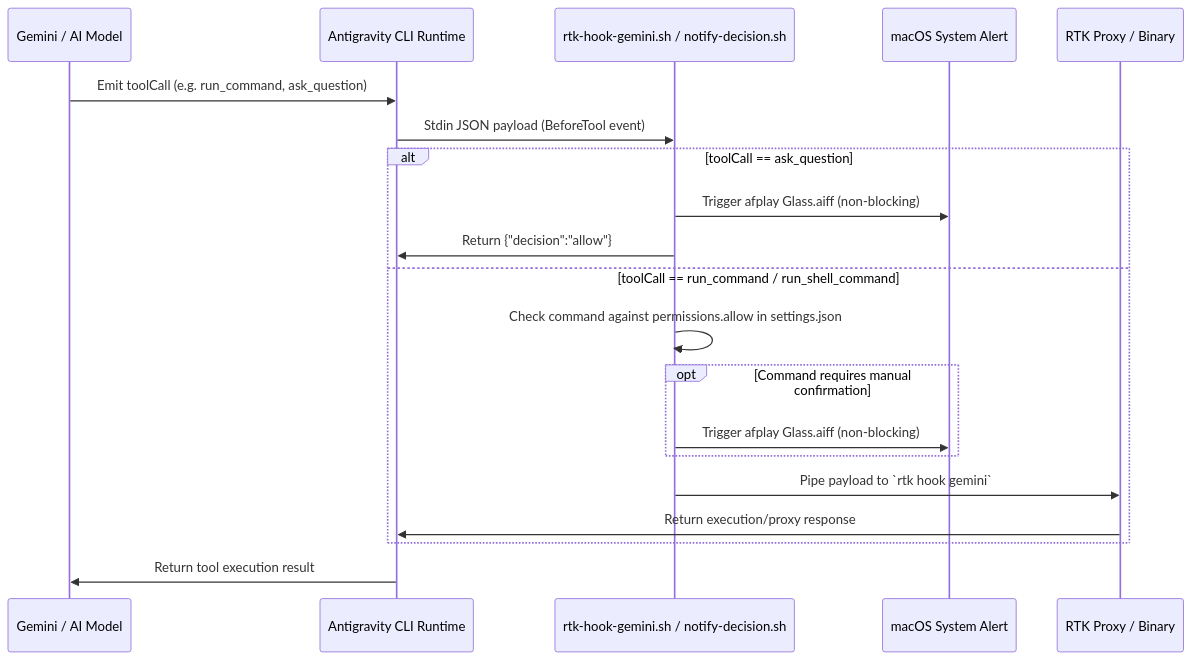
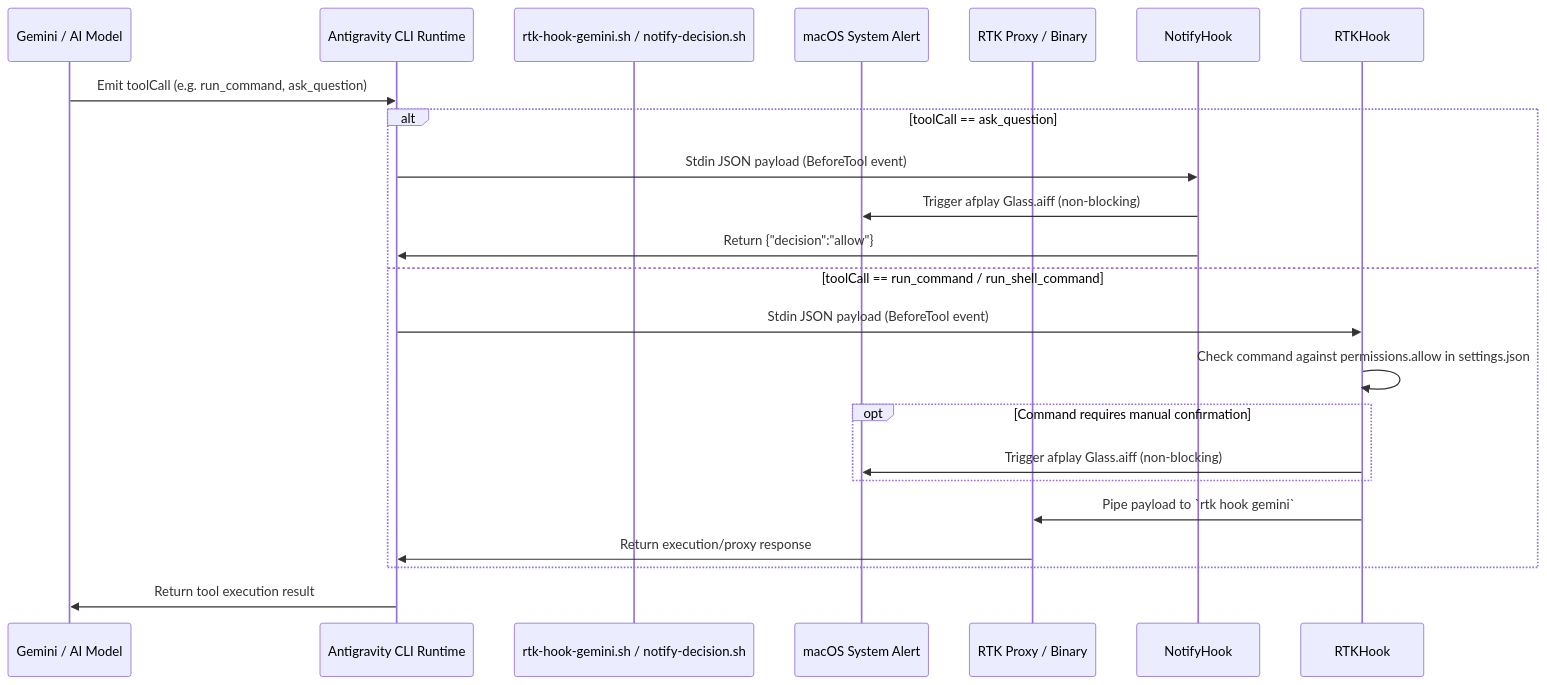
The second of 3 diagrams in ARCHITECTURE.md (KAnggara75/.gemini), drawn with Mermaid before and after one commit. The commit also changed other lines of this file, not shown here.

Commit message:
docs(architecture): update BeforeTool dispatching and layout flows
Clarify dedicated hook handling for ask_question vs run_command and update statusline render documentation.

````diff
--- a/ARCHITECTURE.md
+++ b/ARCHITECTURE.md
@@ -71,24 +71,25 @@
 ```mermaid
 sequenceDiagram
     participant Model as Gemini / AI Model
     participant Engine as Antigravity CLI Runtime
     participant Hook as rtk-hook-gemini.sh / notify-decision.sh
     participant System as macOS System Alert
     participant RTK as RTK Proxy / Binary
 
     Model->>Engine: Emit toolCall (e.g. run_command, ask_question)
-    Engine->>Hook: Stdin JSON payload (BeforeTool event)
     
     alt toolCall == ask_question
-        Hook->>System: Trigger afplay Glass.aiff (non-blocking)
-        Hook->>Engine: Return {"decision":"allow"}
+        Engine->>NotifyHook: Stdin JSON payload (BeforeTool event)
+        NotifyHook->>System: Trigger afplay Glass.aiff (non-blocking)
+        NotifyHook->>Engine: Return {"decision":"allow"}
     else toolCall == run_command / run_shell_command
-        Hook->>Hook: Check command against permissions.allow in settings.json
+        Engine->>RTKHook: Stdin JSON payload (BeforeTool event)
+        RTKHook->>RTKHook: Check command against permissions.allow in settings.json
         opt Command requires manual confirmation
-            Hook->>System: Trigger afplay Glass.aiff (non-blocking)
+            RTKHook->>System: Trigger afplay Glass.aiff (non-blocking)
         end
-        Hook->>RTK: Pipe payload to `rtk hook gemini`
+        RTKHook->>RTK: Pipe payload to `rtk hook gemini`
         RTK->>Engine: Return execution/proxy response
     end
     Engine->>Model: Return tool execution result
 ```
````
